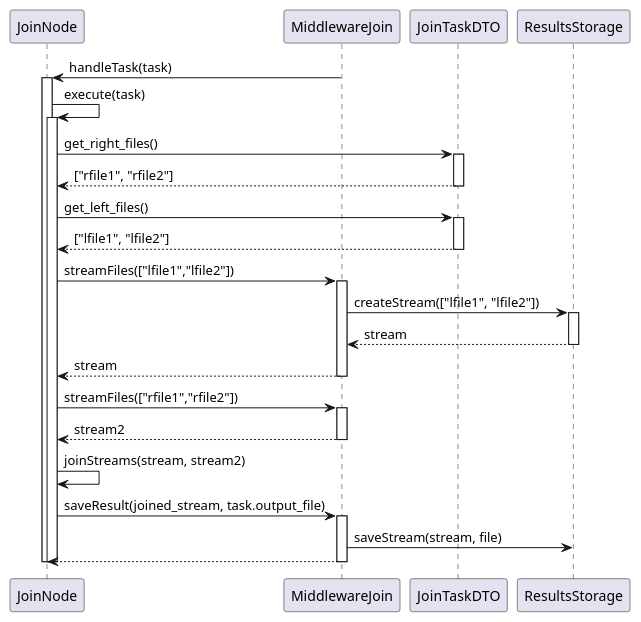
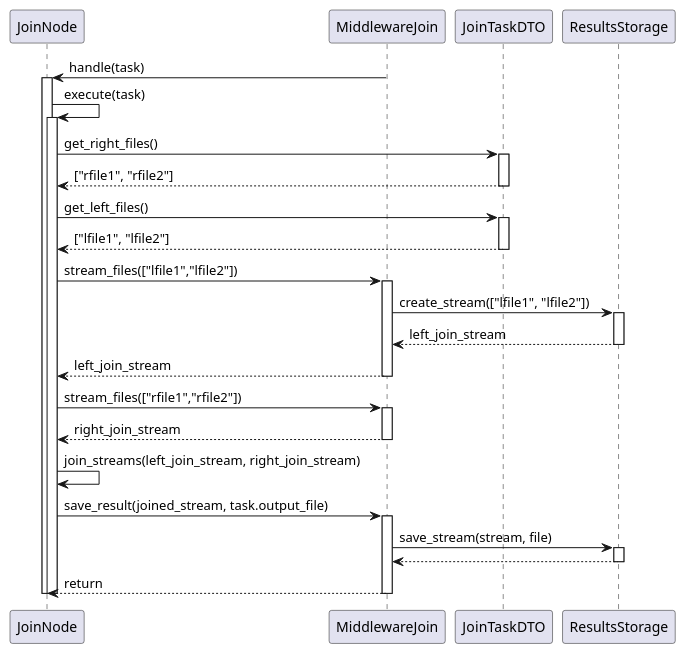
The diagram in src/seq/join_load_files.puml (SebastianVintonuke/TA050-TP-Design), drawn with PlantUML before and after one commit. The commit also changed 6 other files, not shown here.

Commit message:
fix in secuence diagrams typo

```diff
--- a/src/seq/join_load_files.puml
+++ b/src/seq/join_load_files.puml
@@ -1,50 +1,53 @@
 @startuml
 
 participant JoinNode
 participant MiddlewareJoin
 participant JoinTaskDTO
 participant ResultsStorage
 
-MiddlewareJoin -> JoinNode : handleTask(task)
+MiddlewareJoin -> JoinNode : handle(task)
 activate JoinNode
 
 JoinNode->JoinNode: execute(task)
 activate JoinNode
 
 JoinNode -> JoinTaskDTO: get_right_files()
 activate JoinTaskDTO
 JoinTaskDTO --> JoinNode : ["rfile1", "rfile2"]
 deactivate JoinTaskDTO
 
 
 JoinNode -> JoinTaskDTO: get_left_files()
 activate JoinTaskDTO
 JoinTaskDTO --> JoinNode : ["lfile1", "lfile2"]
 deactivate JoinTaskDTO
 
-JoinNode-> MiddlewareJoin : streamFiles(["lfile1","lfile2"])
+JoinNode-> MiddlewareJoin : stream_files(["lfile1","lfile2"])
 activate MiddlewareJoin
-MiddlewareJoin -> ResultsStorage: createStream(["lfile1", "lfile2"])
+MiddlewareJoin -> ResultsStorage: create_stream(["lfile1", "lfile2"])
 activate ResultsStorage
-ResultsStorage --> MiddlewareJoin: stream
+ResultsStorage --> MiddlewareJoin: left_join_stream
 deactivate ResultsStorage
-MiddlewareJoin --> JoinNode: stream
+MiddlewareJoin --> JoinNode: left_join_stream
 deactivate MiddlewareJoin
 
 
-JoinNode-> MiddlewareJoin : streamFiles(["rfile1","rfile2"])
+JoinNode-> MiddlewareJoin : stream_files(["rfile1","rfile2"])
 activate MiddlewareJoin
-MiddlewareJoin --> JoinNode: stream2
+MiddlewareJoin --> JoinNode: right_join_stream
 deactivate MiddlewareJoin
 
-JoinNode->JoinNode : joinStreams(stream, stream2)
+JoinNode->JoinNode: join_streams(left_join_stream, right_join_stream)
 
-JoinNode->MiddlewareJoin: saveResult(joined_stream, task.output_file)
+JoinNode->MiddlewareJoin: save_result(joined_stream, task.output_file)
 activate MiddlewareJoin
-MiddlewareJoin -> ResultsStorage: saveStream(stream, file)
-MiddlewareJoin --> JoinNode: 
+MiddlewareJoin -> ResultsStorage: save_stream(stream, file)
+activate ResultsStorage
+ResultsStorage --> MiddlewareJoin:
+deactivate ResultsStorage
+MiddlewareJoin --> JoinNode: return
 deactivate MiddlewareJoin
 deactivate JoinNode
 deactivate JoinNode
 
 @enduml
```
